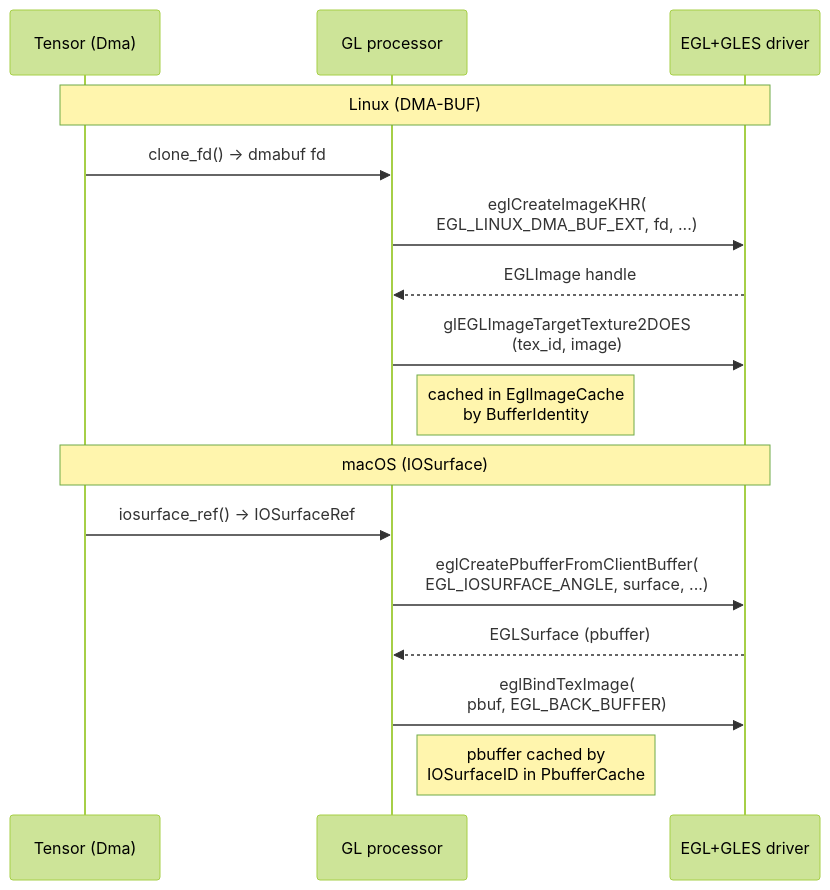
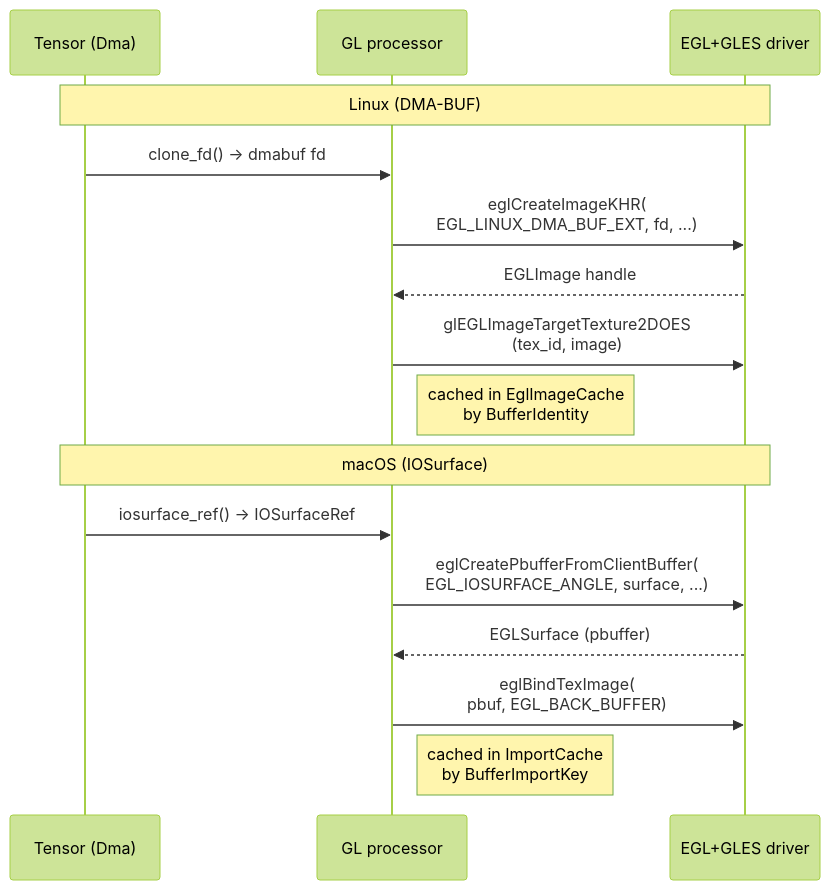
One commit to EdgeFirstAI/hal changed the third of 3 diagrams in crates/image/ARCHITECTURE.md. Above: the diagram before and after it, drawn with Mermaid (forest theme). The commit also changed other lines of this file and 7 other files, not shown here.

````diff
--- a/crates/image/ARCHITECTURE.md
+++ b/crates/image/ARCHITECTURE.md
@@ -242,20 +244,20 @@
 ```mermaid
 sequenceDiagram
     participant Tensor as Tensor (Dma)
     participant Backend as GL processor
     participant Driver as EGL+GLES driver
 
     Note over Tensor,Driver: Linux (DMA-BUF)
     Tensor->>Backend: clone_fd() → dmabuf fd
     Backend->>Driver: eglCreateImageKHR(<br/>EGL_LINUX_DMA_BUF_EXT, fd, ...)
     Driver-->>Backend: EGLImage handle
     Backend->>Driver: glEGLImageTargetTexture2DOES<br/>(tex_id, image)
     Note right of Backend: cached in EglImageCache<br/>by BufferIdentity
 
     Note over Tensor,Driver: macOS (IOSurface)
     Tensor->>Backend: iosurface_ref() → IOSurfaceRef
     Backend->>Driver: eglCreatePbufferFromClientBuffer(<br/>EGL_IOSURFACE_ANGLE, surface, ...)
     Driver-->>Backend: EGLSurface (pbuffer)
     Backend->>Driver: eglBindTexImage(<br/>pbuf, EGL_BACK_BUFFER)
-    Note right of Backend: pbuffer cached by<br/>IOSurfaceID in PbufferCache
+    Note right of Backend: cached in ImportCache<br/>by BufferImportKey
 ```
````
